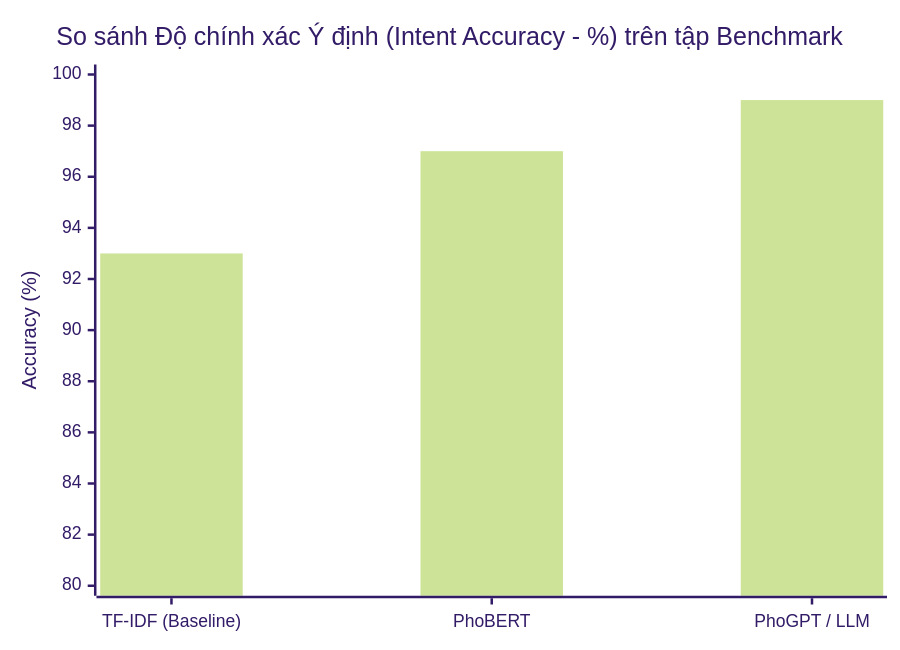
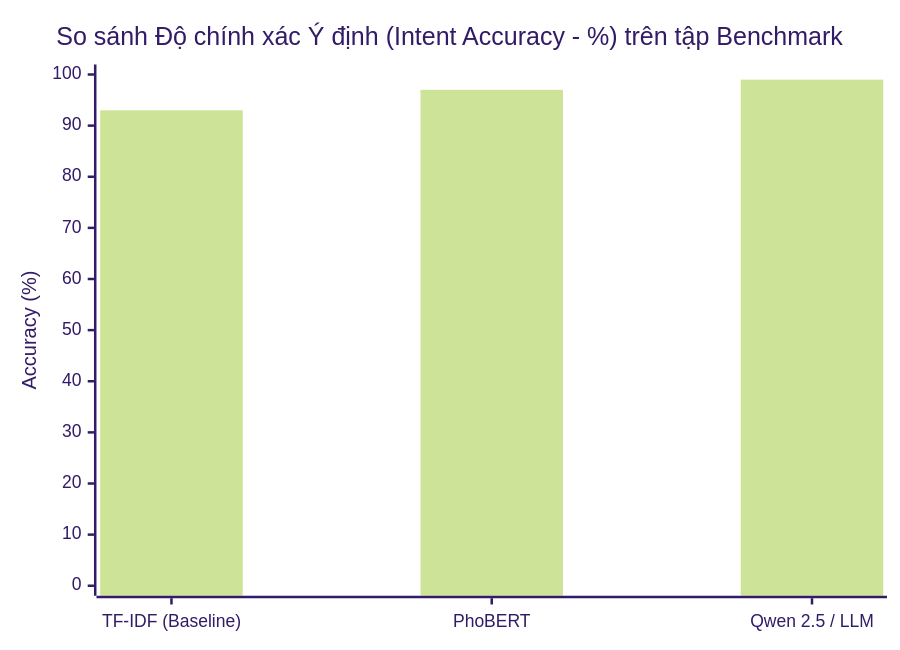
The tenth of 10 diagrams in Luan_van_Hoan_chinh.md (maikhang160504/spending-diary), drawn with Mermaid (forest theme) before and after one commit. The commit also changed other lines of this file, not shown here.

````diff
--- a/Luan_van_Hoan_chinh.md
+++ b/Luan_van_Hoan_chinh.md
@@ -1478,7 +1482,7 @@
 ```mermaid
 xychart-beta
     title "So sánh Độ chính xác Ý định (Intent Accuracy - %) trên tập Benchmark"
-    x-axis ["TF-IDF (Baseline)", "PhoBERT", "PhoGPT / LLM"]
-    y-axis "Accuracy (%)" 80 --> 100
+    x-axis ["TF-IDF (Baseline)", "PhoBERT", "Qwen 2.5 / LLM"]
+    y-axis "Accuracy (%)" 0 --> 100
     bar [93.0, 97.0, 99.0]
 ```
````
